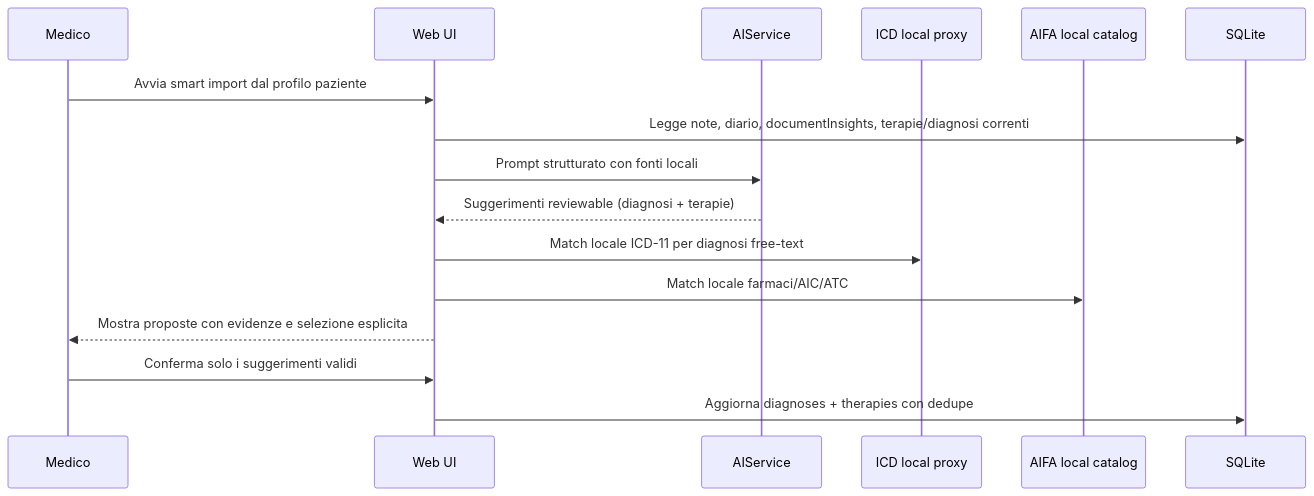
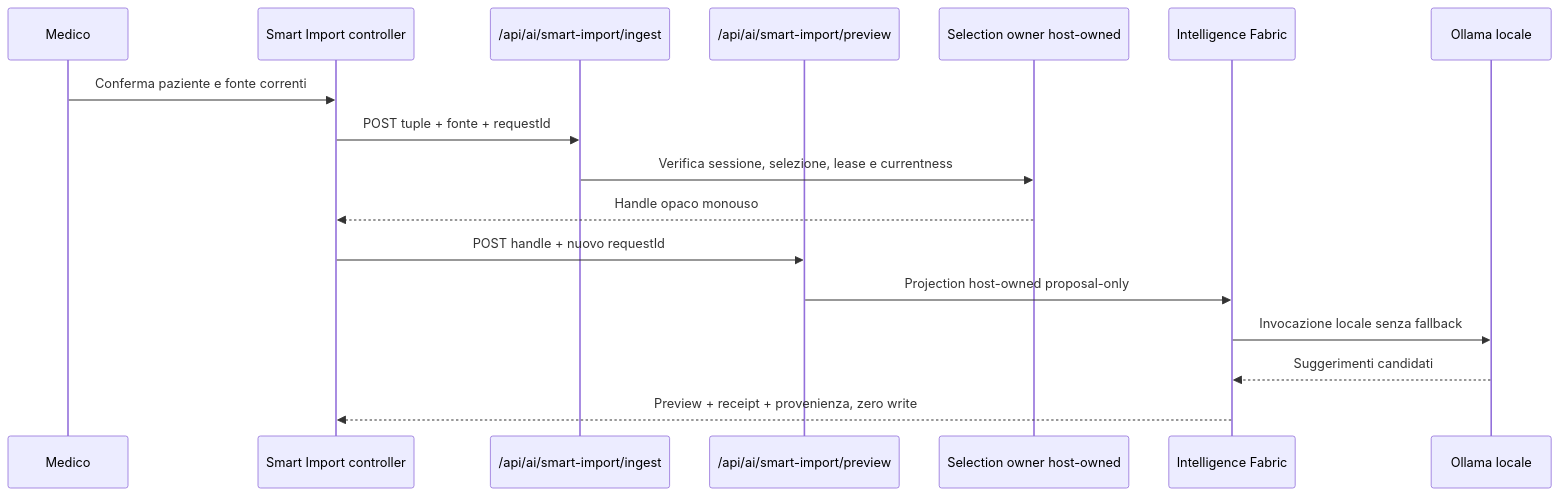
The ninth of 12 diagrams in docs/topologia-dati-flussi.md (Wulfgardr/mediflow), drawn with Mermaid before and after one commit. The commit also changed other lines of this file and 5 other files, not shown here.

````diff
--- a/docs/topologia-dati-flussi.md
+++ b/docs/topologia-dati-flussi.md
@@ -352,18 +359,19 @@
 ```mermaid
 sequenceDiagram
     participant Clinician as Medico
-    participant UI as Web UI
-    participant AI as AIService
-    participant ICD as ICD local proxy
-    participant Drugs as AIFA local catalog
-    participant DB as SQLite
-    Clinician->>UI: Avvia smart import dal profilo paziente
-    UI->>DB: Legge note, diario, documentInsights, terapie/diagnosi correnti
-    UI->>AI: Prompt strutturato con fonti locali
-    AI-->>UI: Suggerimenti reviewable (diagnosi + terapie)
-    UI->>ICD: Match locale ICD-11 per diagnosi free-text
-    UI->>Drugs: Match locale farmaci/AIC/ATC
-    UI-->>Clinician: Mostra proposte con evidenze e selezione esplicita
-    Clinician->>UI: Conferma solo i suggerimenti validi
-    UI->>DB: Aggiorna diagnoses + therapies con dedupe
+    participant UI as Smart Import controller
+    participant Ingest as /api/ai/smart-import/ingest
+    participant Preview as /api/ai/smart-import/preview
+    participant Host as Selection owner host-owned
+    participant Fabric as Intelligence Fabric
+    participant Ollama as Ollama locale
+    Clinician->>UI: Conferma paziente e fonte correnti
+    UI->>Ingest: POST tuple + fonte + requestId
+    Ingest->>Host: Verifica sessione, selezione, lease e currentness
+    Host-->>UI: Handle opaco monouso
+    UI->>Preview: POST handle + nuovo requestId
+    Preview->>Fabric: Projection host-owned proposal-only
+    Fabric->>Ollama: Invocazione locale senza fallback
+    Ollama-->>Fabric: Suggerimenti candidati
+    Fabric-->>UI: Preview + receipt + provenienza, zero write
 ```
````
